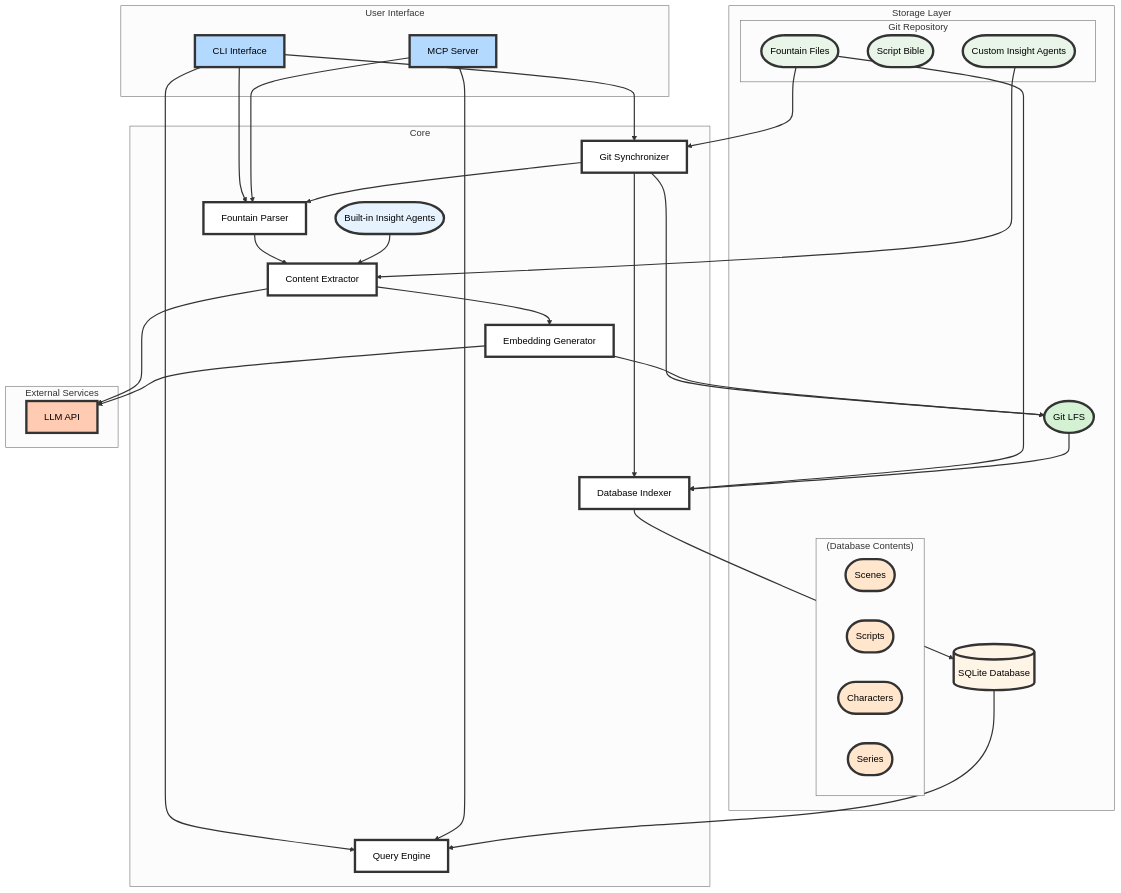
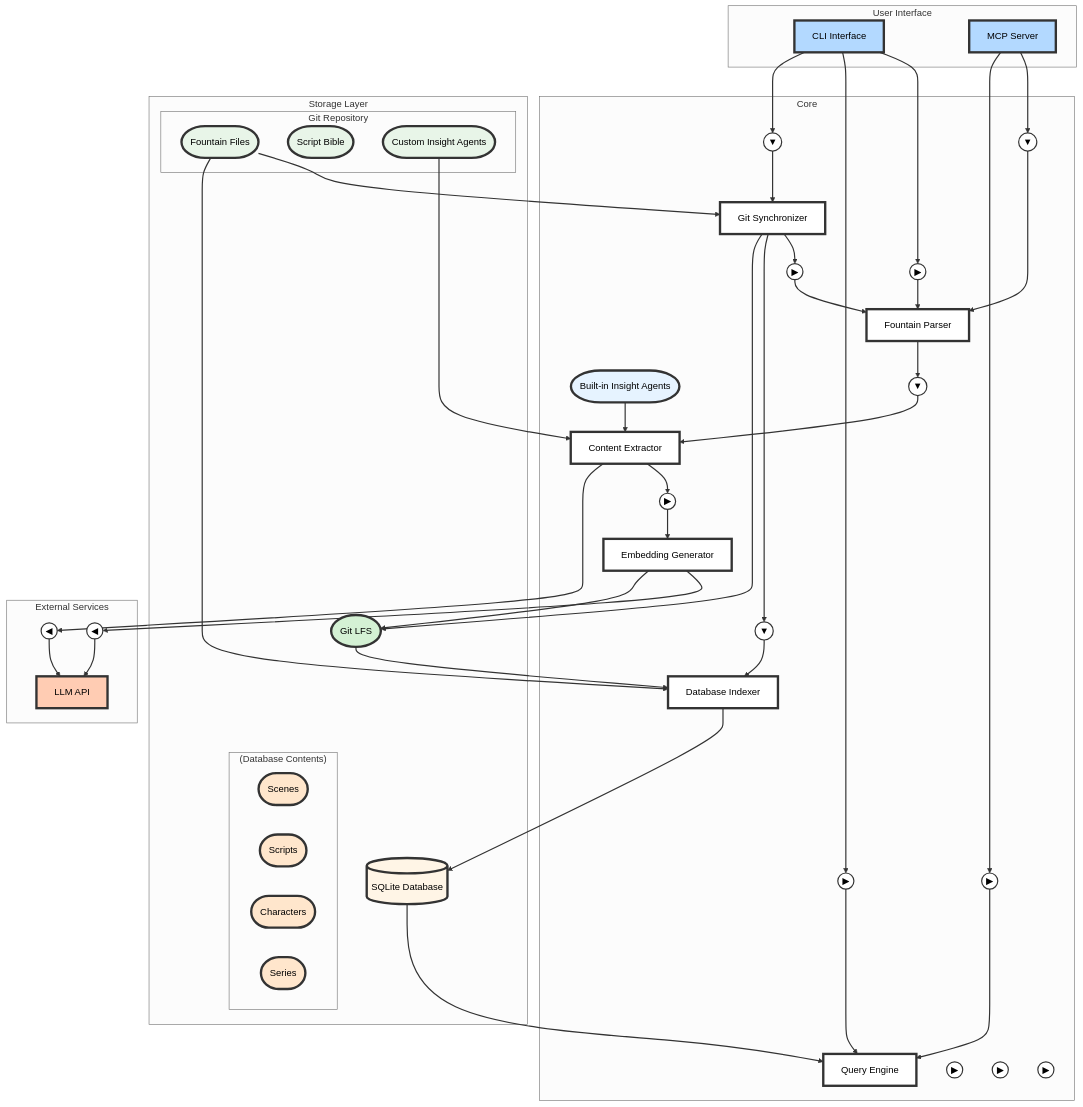
One commit to trieloff/scriptrag changed the first of 4 diagrams in ARCHITECTURE.md. Above: the diagram before and after it, drawn with Mermaid (neutral theme).

Commit message:
docs(architecture): correct direction of arrows in architecture diagram
- Fix Git Synchronizer to read from Fountain Files and write to LFS
- Remove direct Fountain Parser to Fountain Files connection
- Simplify database connections to single SQLite Database box
- Add Database Indexer read from LFS for embeddings
- Remove Query Engine read from LFS
- Add FMC channels between all actor-to-actor communications
- Use directional triangles in channels to show data flow

🤖 Generated with [Claude Code](https://claude.ai/code)

````diff
--- a/ARCHITECTURE.md
+++ b/ARCHITECTURE.md
@@ -23,6 +23,20 @@
         DI[Database Indexer]
         QE[Query Engine]
         BIA(Built-in Insight Agents)
+
+        %% Channels (circles with triangles)
+        ch1((▶))
+        ch2((▶))
+        ch3((▼))
+        ch4((▶))
+        ch5((▼))
+        ch6((▶))
+        ch7((▼))
+        ch8((▶))
+        ch9((▶))
+        ch10((▼))
+        ch11((▶))
+        ch12((▶))
     end
 
     subgraph "Storage Layer"
@@ -45,30 +59,47 @@
 
     subgraph "External Services"
         LLM[LLM API]
+        ch_llm1((◀))
+        ch_llm2((◀))
     end
 
-    CLI --> FP
-    CLI --> QE
-    CLI --> GS
-    MCP --> FP
-    MCP --> QE
+    %% UI to Core channels
+    CLI --> ch1
+    ch1 --> FP
+    CLI --> ch2
+    ch2 --> QE
+    CLI --> ch3
+    ch3 --> GS
+    MCP --> ch10
+    ch10 --> FP
+    MCP --> ch11
+    ch11 --> QE
 
+    %% Core actor-to-actor channels
+    GS --> ch4
+    ch4 --> FP
+    FP --> ch5
+    ch5 --> CE
+    CE --> ch6
+    ch6 --> EG
+    GS --> ch7
+    ch7 --> DI
+
+    %% Actor to LLM channels
+    CE --> ch_llm1
+    ch_llm1 --> LLM
+    EG --> ch_llm2
+    ch_llm2 --> LLM
+
+    %% Actor to Place connections (no channels needed)
     FF --> GS
-    GS --> FP
     GS --> LFS
-    FP --> CE
-    CE --> LLM
     BIA --> CE
     CIA --> CE
-    CE --> EG
-    EG --> LLM
     EG --> LFS
-
-    GS --> DI
     DI --> DB
     FF --> DI
     LFS --> DI
-
     DB --> QE
 
     %% Actor styling (rectangular boxes)
@@ -94,6 +125,22 @@
     style Characters fill:#ffe6cc,stroke:#333,stroke-width:4px,rx:30,ry:30
     style Series fill:#ffe6cc,stroke:#333,stroke-width:4px,rx:30,ry:30
 
+    %% Channel styling (small circles)
+    style ch1 fill:#fff,stroke:#333,stroke-width:2px
+    style ch2 fill:#fff,stroke:#333,stroke-width:2px
+    style ch3 fill:#fff,stroke:#333,stroke-width:2px
+    style ch4 fill:#fff,stroke:#333,stroke-width:2px
+    style ch5 fill:#fff,stroke:#333,stroke-width:2px
+    style ch6 fill:#fff,stroke:#333,stroke-width:2px
+    style ch7 fill:#fff,stroke:#333,stroke-width:2px
+    style ch8 fill:#fff,stroke:#333,stroke-width:2px
+    style ch9 fill:#fff,stroke:#333,stroke-width:2px
+    style ch10 fill:#fff,stroke:#333,stroke-width:2px
+    style ch11 fill:#fff,stroke:#333,stroke-width:2px
+    style ch12 fill:#fff,stroke:#333,stroke-width:2px
+    style ch_llm1 fill:#fff,stroke:#333,stroke-width:2px
+    style ch_llm2 fill:#fff,stroke:#333,stroke-width:2px
+
     %% Edge styling
     linkStyle default stroke:#333,stroke-width:2px
 ```
````
